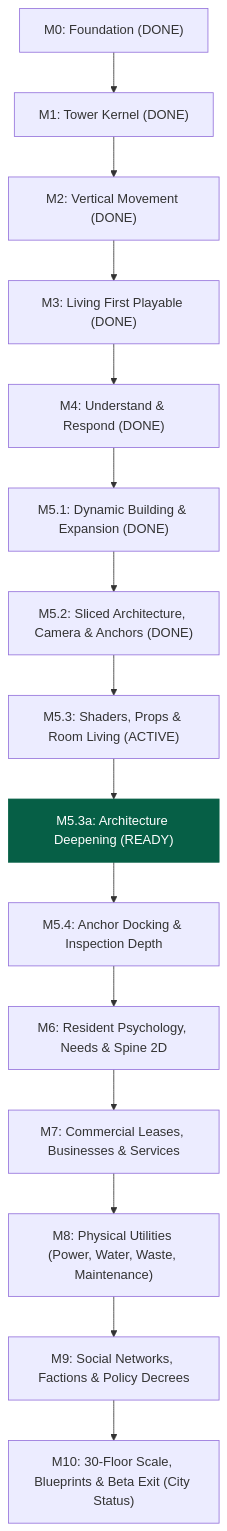
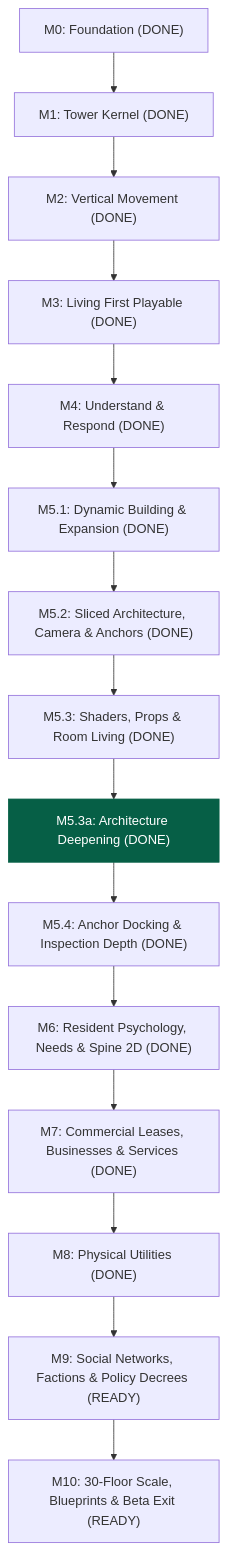
One commit to Gijsja/one-roof changed the diagram in Planning/ROADMAP.md. Above: the diagram before and after it, drawn with Mermaid. The commit also changed other lines of this file and 99 other files, not shown here.

````diff
--- a/Planning/ROADMAP.md
+++ b/Planning/ROADMAP.md
@@ -15,18 +17,18 @@
 ```mermaid
 graph TD
     M0["M0: Foundation (DONE)"] --> M1["M1: Tower Kernel (DONE)"]
     M1 --> M2["M2: Vertical Movement (DONE)"]
     M2 --> M3["M3: Living First Playable (DONE)"]
     M3 --> M4["M4: Understand & Respond (DONE)"]
     M4 --> M51["M5.1: Dynamic Building & Expansion (DONE)"]
     M51 --> M52["M5.2: Sliced Architecture, Camera & Anchors (DONE)"]
-    M52 --> M53["M5.3: Shaders, Props & Room Living (ACTIVE)"]
-    M53 --> M53a["M5.3a: Architecture Deepening (READY)"]
-    M53a --> M54["M5.4: Anchor Docking & Inspection Depth"]
-    M54 --> M6["M6: Resident Psychology, Needs & Spine 2D"]
-    M6 --> M7["M7: Commercial Leases, Businesses & Services"]
-    M7 --> M8["M8: Physical Utilities (Power, Water, Waste, Maintenance)"]
-    M8 --> M9["M9: Social Networks, Factions & Policy Decrees"]
-    M9 --> M10["M10: 30-Floor Scale, Blueprints & Beta Exit (City Status)"]
+    M52 --> M53["M5.3: Shaders, Props & Room Living (DONE)"]
+    M53 --> M53a["M5.3a: Architecture Deepening (DONE)"]
+    M53a --> M54["M5.4: Anchor Docking & Inspection Depth (DONE)"]
+    M54 --> M6["M6: Resident Psychology, Needs & Spine 2D (DONE)"]
+    M6 --> M7["M7: Commercial Leases, Businesses & Services (DONE)"]
+    M7 --> M8["M8: Physical Utilities (DONE)"]
+    M8 --> M9["M9: Social Networks, Factions & Policy Decrees (READY)"]
+    M9 --> M10["M10: 30-Floor Scale, Blueprints & Beta Exit (READY)"]
     style M53a fill:#065f46,color:#fff,stroke:#065f46
 ```
````
